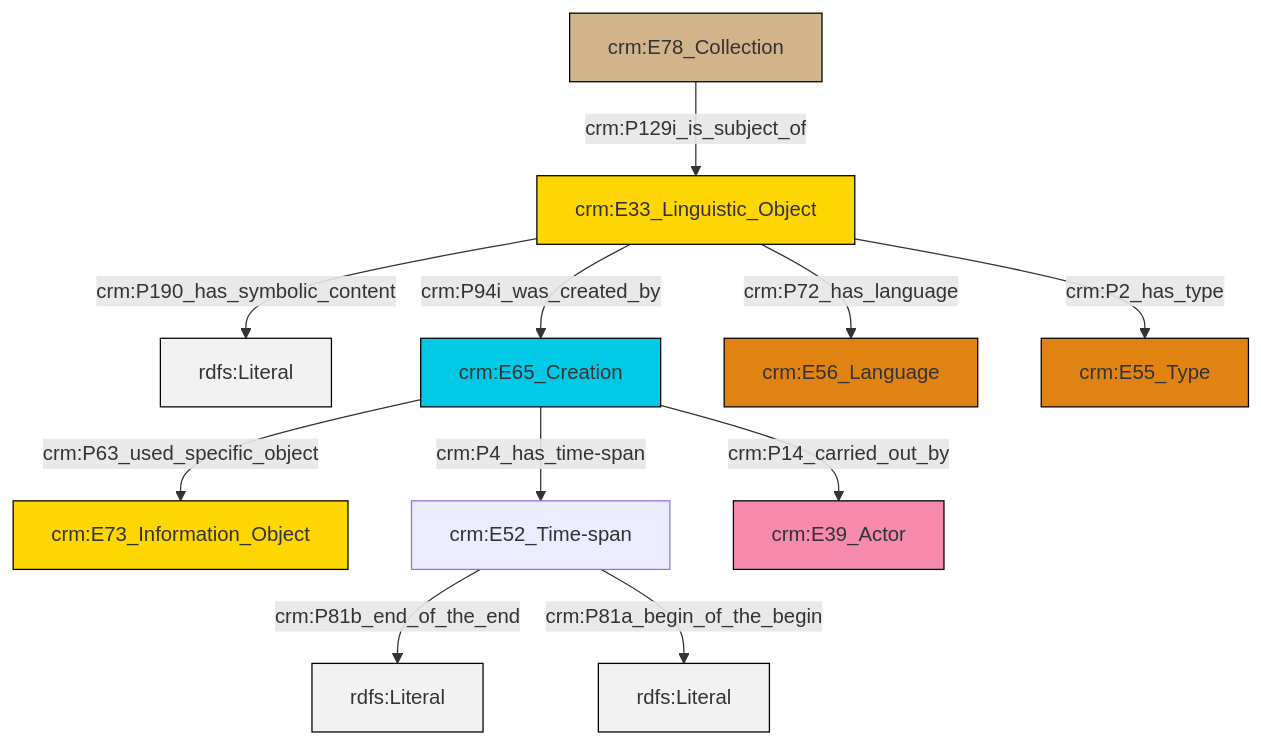
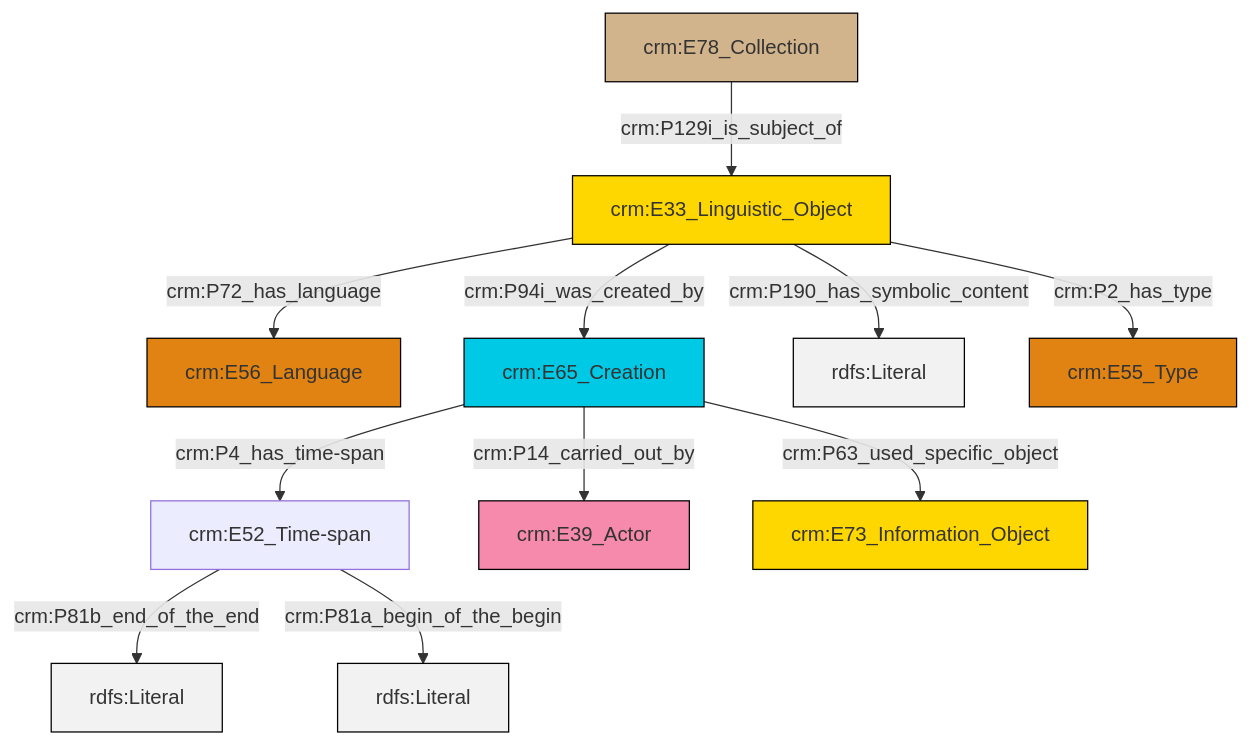
Before and after one commit to swiss-art-research-net/docs.swissartresearch: the diagram in et/archivalCSV/ttl/mmd/archival_desc.ttl.mmd, drawn with Mermaid. The commit also changed 174 other files, not shown here.

```diff
--- a/et/archivalCSV/ttl/mmd/archival_desc.ttl.mmd
+++ b/et/archivalCSV/ttl/mmd/archival_desc.ttl.mmd
@@ -1,25 +1,25 @@
 graph TD
 classDef Literal fill:#f2f2f2,stroke:#000000;
 classDef CRM_Entity fill:#FFFFFF,stroke:#000000;
 classDef Temporal_Entity fill:#00C9E6, stroke:#000000;
 classDef Type fill:#E18312, stroke:#000000;
 classDef Time-Span fill:#2C9C91, stroke:#000000;
 classDef Appellation fill:#FFEB7F, stroke:#000000;
 classDef Place fill:#008836, stroke:#000000;
 classDef Persistent_Item fill:#B266B2, stroke:#000000;
 classDef Conceptual_Object fill:#FFD700, stroke:#000000;
 classDef Physical_Thing fill:#D2B48C, stroke:#000000;
 classDef Actor fill:#f58aad, stroke:#000000;
 classDef PC_Classes fill:#4ce600, stroke:#000000;
 classDef Multi fill:#cccccc,stroke:#000000;
 
-0["crm:E33_Linguistic_Object"]:::Conceptual_Object -->|crm:P190_has_symbolic_content| 2[rdfs:Literal]:::Literal
-3["crm:E65_Creation"]:::Temporal_Entity -->|crm:P63_used_specific_object| 4["crm:E73_Information_Object"]:::Conceptual_Object
-0["crm:E33_Linguistic_Object"]:::Conceptual_Object -->|crm:P2_has_type| 7["crm:E55_Type"]:::Type
-3["crm:E65_Creation"]:::Temporal_Entity -->|crm:P4_has_time-span| 9["crm:E52_Time-span"]:::Default
-3["crm:E65_Creation"]:::Temporal_Entity -->|crm:P14_carried_out_by| 10["crm:E39_Actor"]:::Actor
-9["crm:E52_Time-span"]:::Default -->|crm:P81b_end_of_the_end| 13[rdfs:Literal]:::Literal
-15["crm:E78_Collection"]:::Physical_Thing -->|crm:P129i_is_subject_of| 0["crm:E33_Linguistic_Object"]:::Conceptual_Object
-0["crm:E33_Linguistic_Object"]:::Conceptual_Object -->|crm:P94i_was_created_by| 3["crm:E65_Creation"]:::Temporal_Entity
-9["crm:E52_Time-span"]:::Default -->|crm:P81a_begin_of_the_begin| 17[rdfs:Literal]:::Literal
-0["crm:E33_Linguistic_Object"]:::Conceptual_Object -->|crm:P72_has_language| 5["crm:E56_Language"]:::Type
+0["crm:E52_Time-span"]:::Default -->|crm:P81b_end_of_the_end| 1[rdfs:Literal]:::Literal
+2["crm:E78_Collection"]:::Physical_Thing -->|crm:P129i_is_subject_of| 3["crm:E33_Linguistic_Object"]:::Conceptual_Object
+3["crm:E33_Linguistic_Object"]:::Conceptual_Object -->|crm:P72_has_language| 4["crm:E56_Language"]:::Type
+3["crm:E33_Linguistic_Object"]:::Conceptual_Object -->|crm:P190_has_symbolic_content| 10[rdfs:Literal]:::Literal
+8["crm:E65_Creation"]:::Temporal_Entity -->|crm:P4_has_time-span| 0["crm:E52_Time-span"]:::Default
+8["crm:E65_Creation"]:::Temporal_Entity -->|crm:P14_carried_out_by| 6["crm:E39_Actor"]:::Actor
+8["crm:E65_Creation"]:::Temporal_Entity -->|crm:P63_used_specific_object| 12["crm:E73_Information_Object"]:::Conceptual_Object
+3["crm:E33_Linguistic_Object"]:::Conceptual_Object -->|crm:P94i_was_created_by| 8["crm:E65_Creation"]:::Temporal_Entity
+3["crm:E33_Linguistic_Object"]:::Conceptual_Object -->|crm:P2_has_type| 15["crm:E55_Type"]:::Type
+0["crm:E52_Time-span"]:::Default -->|crm:P81a_begin_of_the_begin| 18[rdfs:Literal]:::Literal
```
